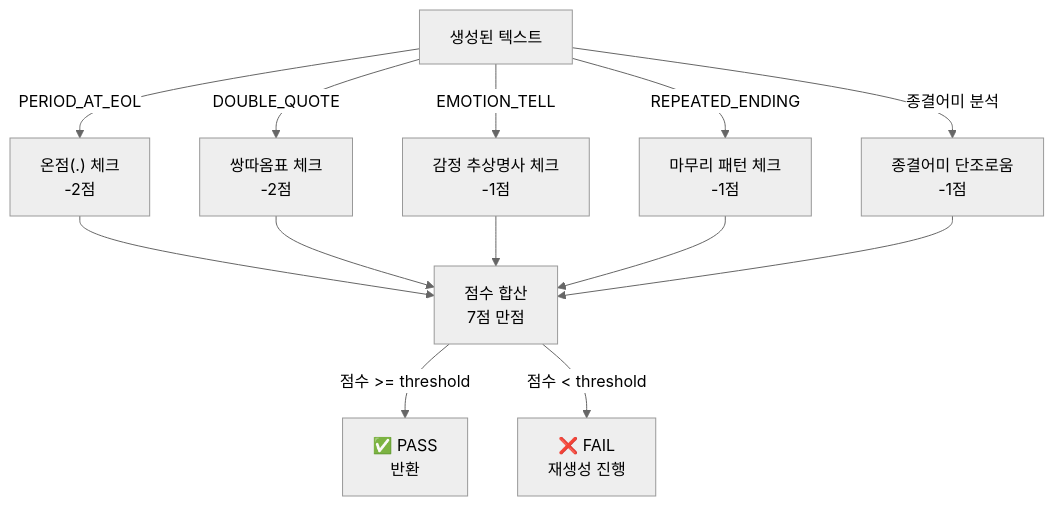
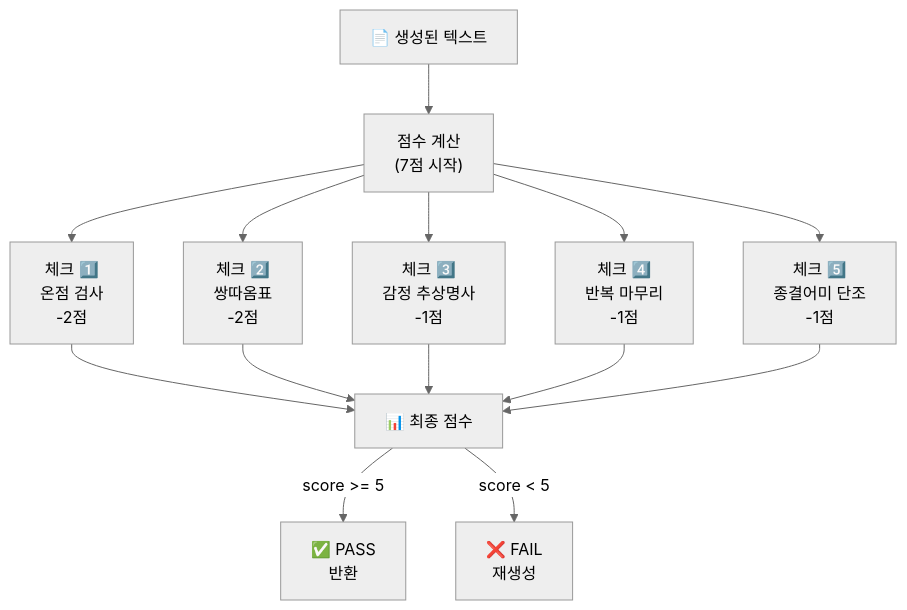
The second of 3 diagrams in ai-user/docs/llm.md (Justant-source/Again-Spring), drawn with Mermaid (neutral theme) before and after one commit. The commit also changed other lines of this file and 45 other files, not shown here.

````diff
--- a/ai-user/docs/llm.md
+++ b/ai-user/docs/llm.md
@@ -36,15 +71,16 @@
 ```mermaid
 flowchart TD
-    A["생성된 텍스트"] -->|PERIOD_AT_EOL| B["온점(.) 체크<br/>-2점"]
-    A -->|DOUBLE_QUOTE| C["쌍따옴표 체크<br/>-2점"]
-    A -->|EMOTION_TELL| D["감정 추상명사 체크<br/>-1점"]
-    A -->|REPEATED_ENDING| E["마무리 패턴 체크<br/>-1점"]
-    A -->|종결어미 분석| F["종결어미 단조로움<br/>-1점"]
-    B --> G["점수 합산<br/>7점 만점"]
-    C --> G
-    D --> G
-    E --> G
-    F --> G
-    G -->|점수 >= threshold| H["✅ PASS<br/>반환"]
-    G -->|점수 < threshold| I["❌ FAIL<br/>재생성 진행"]
+    A["📄 생성된 텍스트"] --> B["점수 계산<br/>(7점 시작)"]
+    B --> C["체크 1️⃣<br/>온점 검사<br/>-2점"]
+    B --> D["체크 2️⃣<br/>쌍따옴표<br/>-2점"]
+    B --> E["체크 3️⃣<br/>감정 추상명사<br/>-1점"]
+    B --> F["체크 4️⃣<br/>반복 마무리<br/>-1점"]
+    B --> G["체크 5️⃣<br/>종결어미 단조<br/>-1점"]
+    C --> H["📊 최종 점수"]
+    D --> H
+    E --> H
+    F --> H
+    G --> H
+    H -->|score >= 5| I["✅ PASS<br/>반환"]
+    H -->|score < 5| J["❌ FAIL<br/>재생성"]
 ```
````
